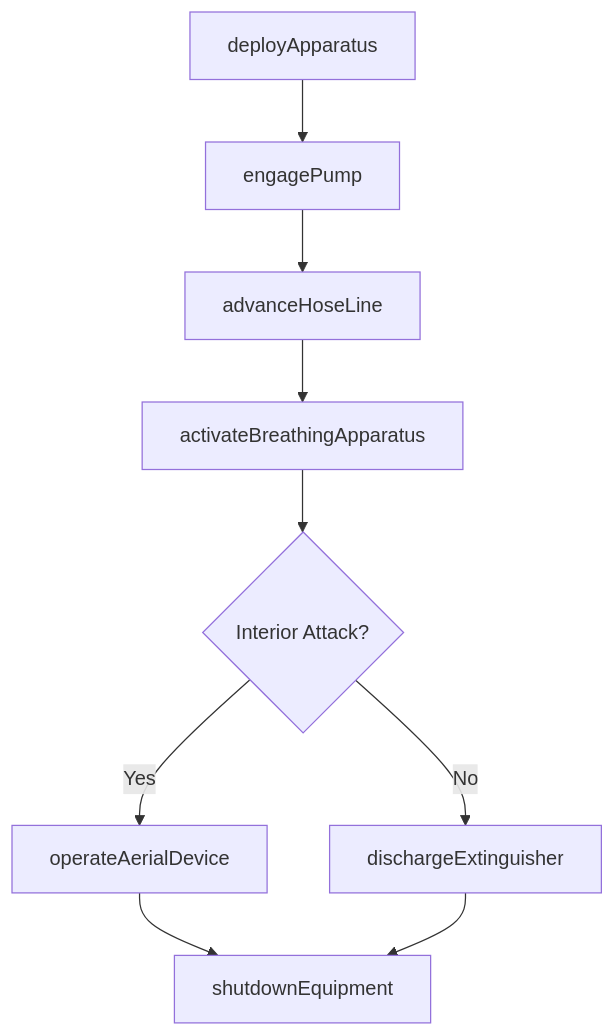
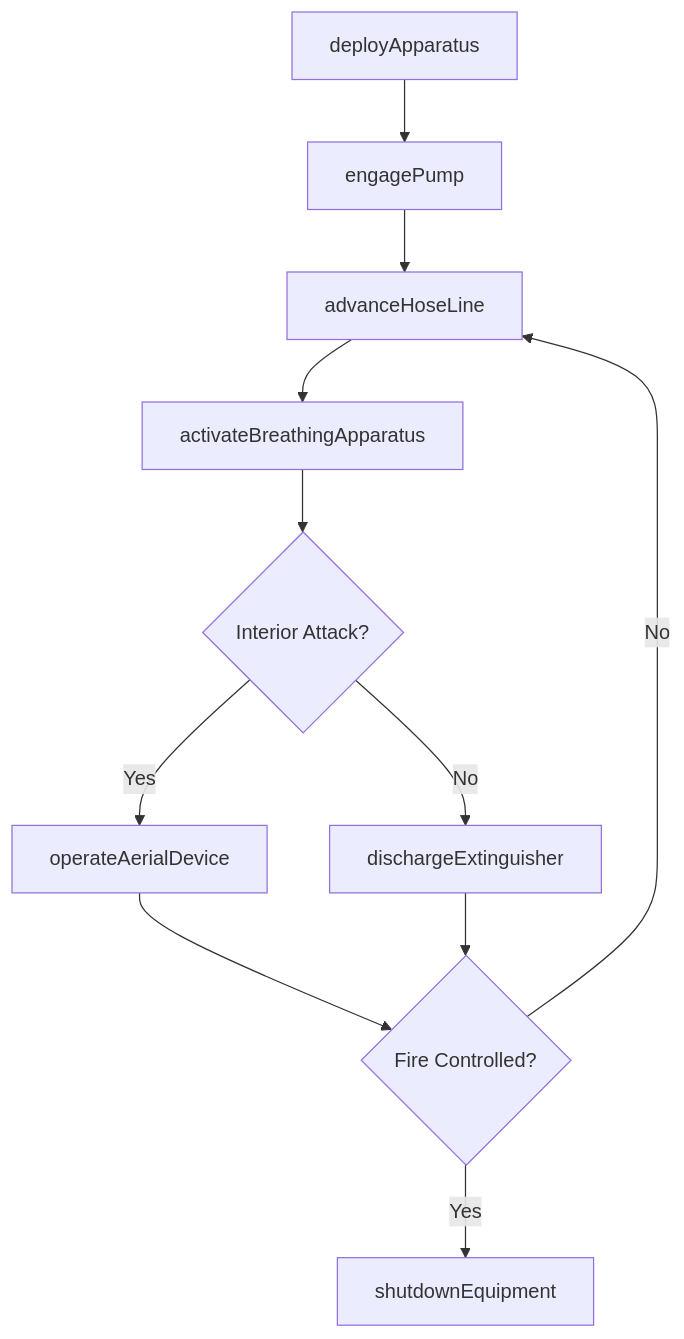
The third of 4 diagrams in PerformingGeneralPhysicalActivities/ProtectPeopleOrPropertyFromThreatsSuchAsFiresOrFlooding/OperateFirefightingEquipment.mdx (dot-org-ai/tasks.org.ai), drawn with Mermaid before and after one commit. The commit also changed other lines of this file and 307 other files, not shown here.

First line of the commit message:
feat: Add ER diagrams and state diagrams to remaining 308 DWA task files (wave 3 complete)

````diff
--- a/PerformingGeneralPhysicalActivities/ProtectPeopleOrPropertyFromThreatsSuchAsFiresOrFlooding/OperateFirefightingEquipment.mdx
+++ b/PerformingGeneralPhysicalActivities/ProtectPeopleOrPropertyFromThreatsSuchAsFiresOrFlooding/OperateFirefightingEquipment.mdx
@@ -86,11 +114,13 @@
 ```mermaid
 graph TD
     A[deployApparatus] --> B[engagePump]
     B --> C[advanceHoseLine]
     C --> D[activateBreathingApparatus]
     D --> E{Interior Attack?}
     E -->|Yes| F[operateAerialDevice]
     E -->|No| G[dischargeExtinguisher]
-    F --> H[shutdownEquipment]
+    F --> H{Fire Controlled?}
     G --> H
+    H -->|No| C
+    H -->|Yes| I[shutdownEquipment]
 ```
````
